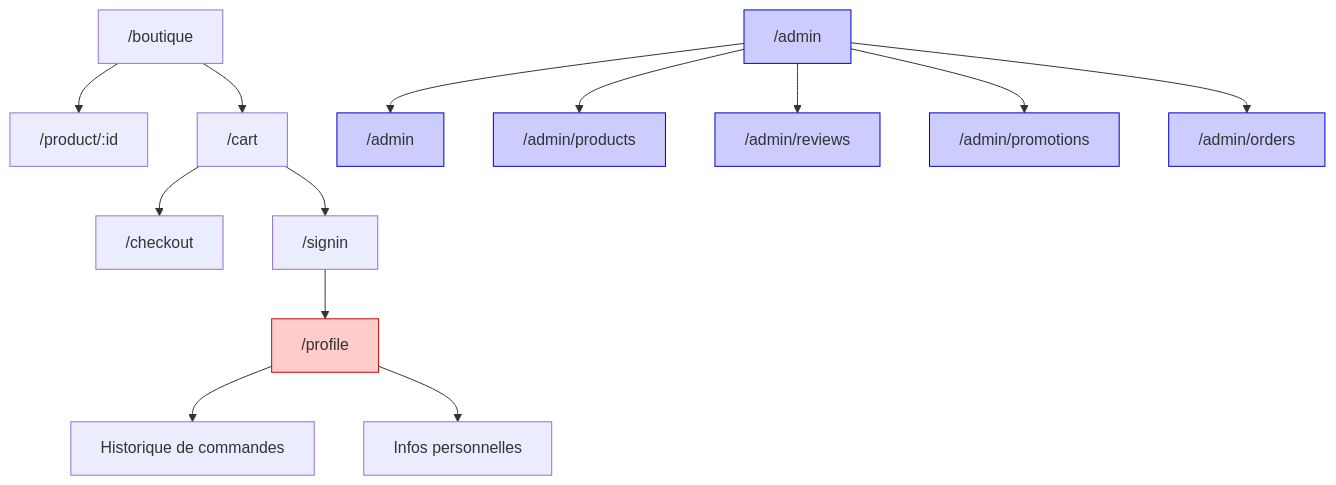
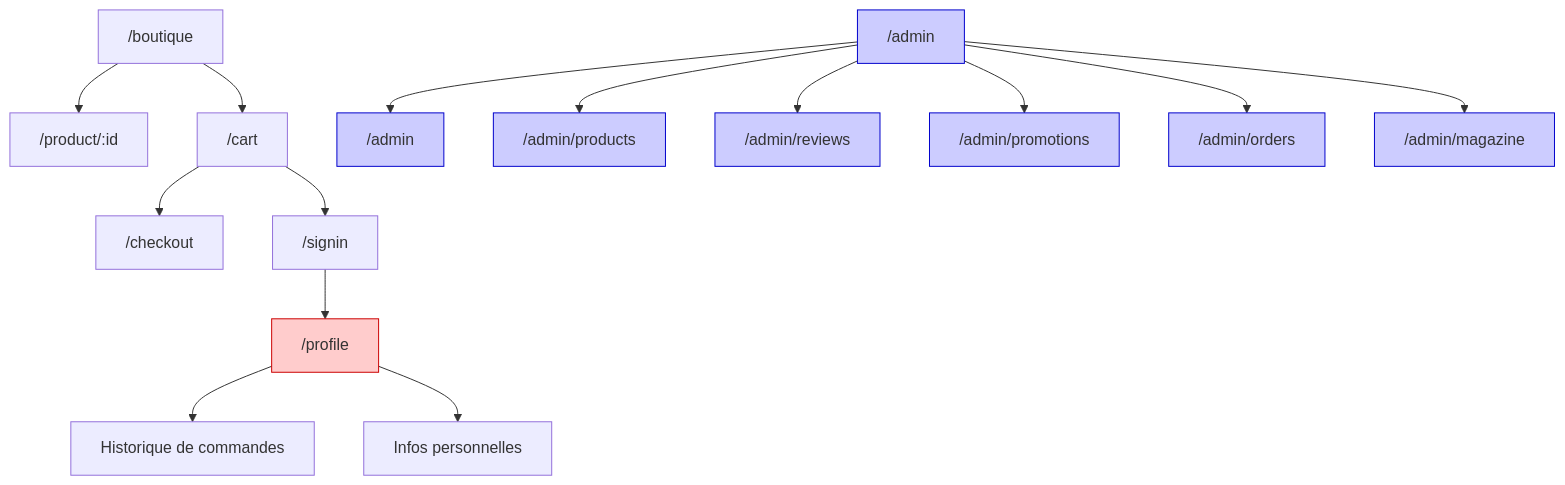
One commit to inherbver/inHerbisVeritas changed the third of 4 diagrams in ARCHITECTURE.md. Above: the diagram before and after it, drawn with Mermaid. The commit also changed other lines of this file and 9 other files, not shown here.

````diff
--- a/ARCHITECTURE.md
+++ b/ARCHITECTURE.md
@@ -27,22 +52,24 @@
 ```mermaid
 flowchart TD
     Boutique["/boutique"] --> Produit["/product/:id"]
     Boutique --> Panier["/cart"]
     Panier --> Checkout["/checkout"]
     Panier --> Connexion["/signin"]
     Connexion --> Profil["/profile"]
     Profil --> Historique["Historique de commandes"]
     Profil --> InfosPerso["Infos personnelles"]
     Admin["/admin"] --> AdminDashboard["/admin"]
     Admin --> AdminProducts["/admin/products"]
     Admin --> AdminReviews["/admin/reviews"]
     Admin --> AdminPromotions["/admin/promotions"]
     Admin --> AdminOrders["/admin/orders"]
+    Admin --> AdminMagazine["/admin/magazine"]
     style Profil fill:#ffcccc,stroke:#cc0000
     style Admin fill:#ccccff,stroke:#0000cc
     style AdminDashboard fill:#ccccff,stroke:#0000cc
     style AdminProducts fill:#ccccff,stroke:#0000cc
     style AdminReviews fill:#ccccff,stroke:#0000cc
     style AdminPromotions fill:#ccccff,stroke:#0000cc
     style AdminOrders fill:#ccccff,stroke:#0000cc
+    style AdminMagazine fill:#ccccff,stroke:#0000cc
 ```
````
